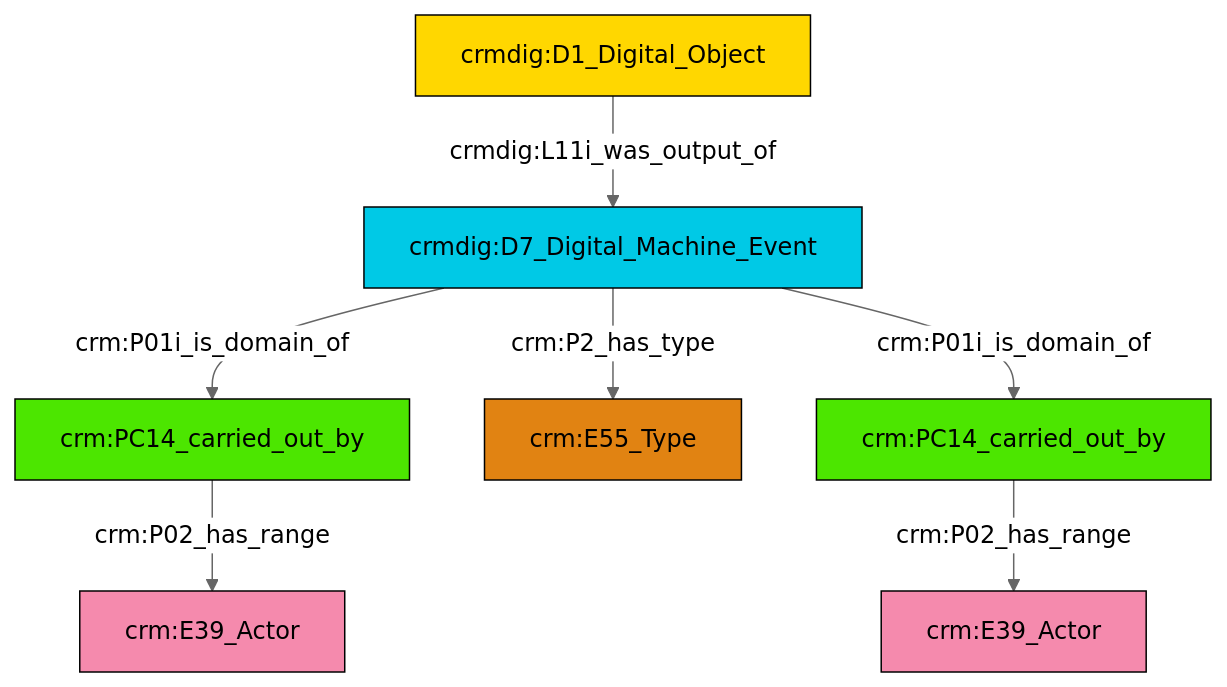
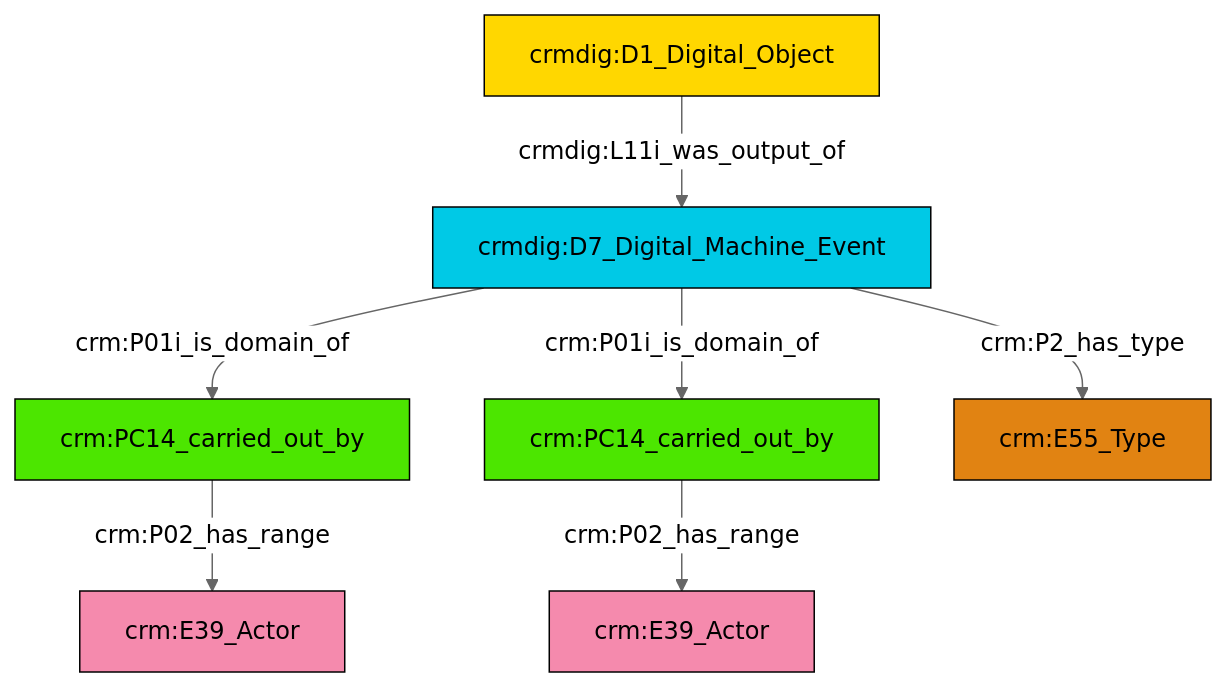
The diagram in et/doCSV/ttl/mmd/do_actor_relations.ttl.mmd (swiss-art-research-net/docs.swissartresearch), drawn with Mermaid (neutral theme) before and after one commit. The commit also changed 180 other files, not shown here.

```diff
--- a/et/doCSV/ttl/mmd/do_actor_relations.ttl.mmd
+++ b/et/doCSV/ttl/mmd/do_actor_relations.ttl.mmd
@@ -1,21 +1,21 @@
 graph TD
 classDef Literal fill:#f2f2f2,stroke:#000000;
 classDef CRM_Entity fill:#FFFFFF,stroke:#000000;
 classDef Temporal_Entity fill:#00C9E6, stroke:#000000;
 classDef Type fill:#E18312, stroke:#000000;
 classDef Time-Span fill:#2C9C91, stroke:#000000;
 classDef Appellation fill:#FFEB7F, stroke:#000000;
 classDef Place fill:#008836, stroke:#000000;
 classDef Persistent_Item fill:#B266B2, stroke:#000000;
 classDef Conceptual_Object fill:#FFD700, stroke:#000000;
 classDef Physical_Thing fill:#D2B48C, stroke:#000000;
 classDef Actor fill:#f58aad, stroke:#000000;
 classDef PC_Classes fill:#4ce600, stroke:#000000;
 classDef Multi fill:#cccccc,stroke:#000000;
 
-0["crmdig:D7_Digital_Machine_Event"]:::Temporal_Entity -->|crm:P01i_is_domain_of| 1["crm:PC14_carried_out_by"]:::PC_Classes
-0["crmdig:D7_Digital_Machine_Event"]:::Temporal_Entity -->|crm:P2_has_type| 2["crm:E55_Type"]:::Type
-3["crmdig:D1_Digital_Object"]:::Conceptual_Object -->|crmdig:L11i_was_output_of| 0["crmdig:D7_Digital_Machine_Event"]:::Temporal_Entity
-1["crm:PC14_carried_out_by"]:::PC_Classes -->|crm:P02_has_range| 7["crm:E39_Actor"]:::Actor
-9["crm:PC14_carried_out_by"]:::PC_Classes -->|crm:P02_has_range| 5["crm:E39_Actor"]:::Actor
-0["crmdig:D7_Digital_Machine_Event"]:::Temporal_Entity -->|crm:P01i_is_domain_of| 9["crm:PC14_carried_out_by"]:::PC_Classes
+2["crm:PC14_carried_out_by"]:::PC_Classes -->|crm:P02_has_range| 0["crm:E39_Actor"]:::Actor
+3["crmdig:D7_Digital_Machine_Event"]:::Temporal_Entity -->|crm:P01i_is_domain_of| 4["crm:PC14_carried_out_by"]:::PC_Classes
+3["crmdig:D7_Digital_Machine_Event"]:::Temporal_Entity -->|crm:P2_has_type| 5["crm:E55_Type"]:::Type
+4["crm:PC14_carried_out_by"]:::PC_Classes -->|crm:P02_has_range| 6["crm:E39_Actor"]:::Actor
+3["crmdig:D7_Digital_Machine_Event"]:::Temporal_Entity -->|crm:P01i_is_domain_of| 2["crm:PC14_carried_out_by"]:::PC_Classes
+11["crmdig:D1_Digital_Object"]:::Conceptual_Object -->|crmdig:L11i_was_output_of| 3["crmdig:D7_Digital_Machine_Event"]:::Temporal_Entity
```
